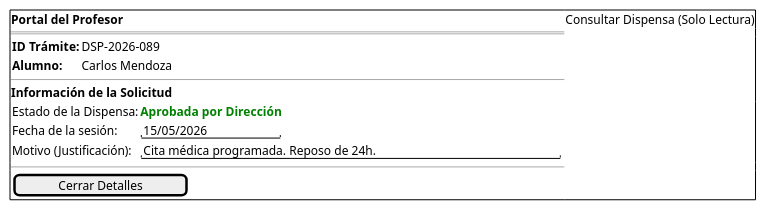
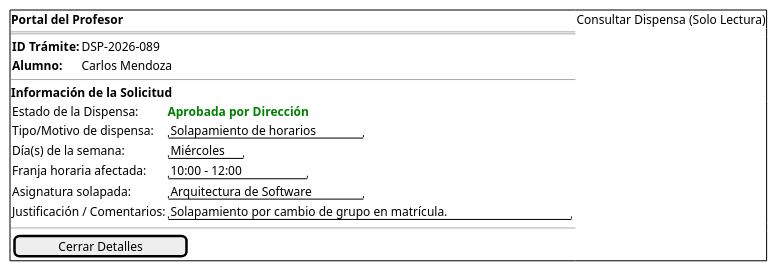
One commit to enmabry/25-26-IdSw1-SdR changed the diagram in documents/CasosDeUso/Prototipos/Profesor/consultarSolicitudDispensa.puml. Above: the diagram before and after it, drawn with PlantUML. The commit also changed 43 other files, not shown here.

```diff
--- a/documents/CasosDeUso/Prototipos/Profesor/consultarSolicitudDispensa.puml
+++ b/documents/CasosDeUso/Prototipos/Profesor/consultarSolicitudDispensa.puml
@@ -1,21 +1,24 @@
 @startsalt
 {+
   <b>Portal del Profesor | Consultar Dispensa (Solo Lectura)
   ==
   {
     <b>ID Trámite: | DSP-2026-089
     <b>Alumno: | Carlos Mendoza
   }
   --
   <b>Información de la Solicitud
   {
     Estado de la Dispensa: | <b><color:green>Aprobada por Dirección</color>
-    Fecha de la sesión:  | "15/05/2026       "
-    Motivo (Justificación): | "Cita médica programada. Reposo de 24h.              "
+    Tipo/Motivo de dispensa:   | "Solapamiento de horarios"
+    Día(s) de la semana:       | "Miércoles"
+    Franja horaria afectada:   | "10:00 - 12:00    "
+    Asignatura solapada:       | "Arquitectura de Software"
+    Justificación / Comentarios:| "Solapamiento por cambio de grupo en matrícula.    "
   }
   --
   {
     [   Cerrar Detalles   ]
   }
 }
 @endsalt
```
